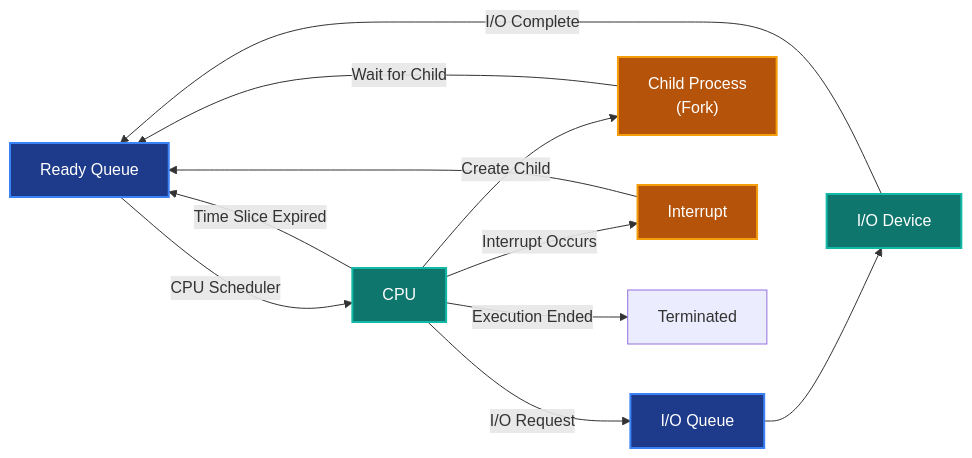
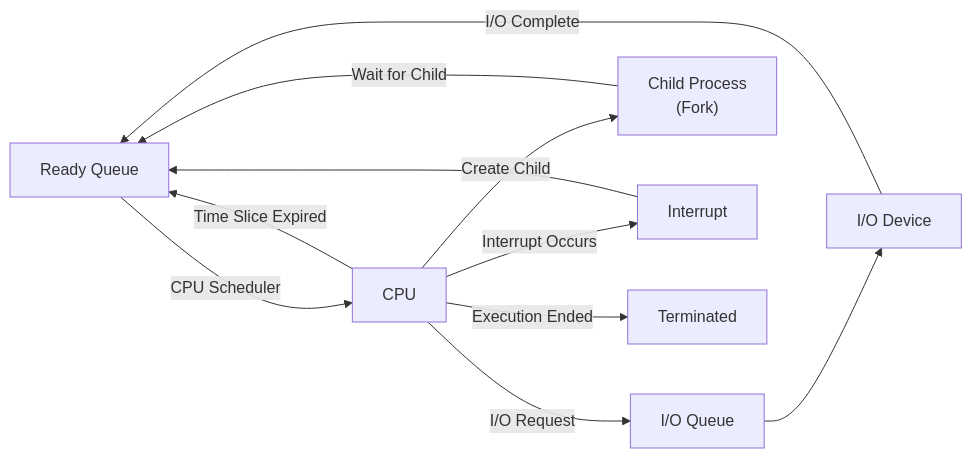
Before and after one commit to yusufarbc/yusufarbc: the third of 3 diagrams in website/content/operating-system-concept/en.md, drawn with Mermaid. The commit also changed 24 other files, not shown here.

````diff
--- a/website/content/operating-system-concept/en.md
+++ b/website/content/operating-system-concept/en.md
@@ -205,24 +205,20 @@
 ```mermaid
 graph LR
-    classDef queue fill:#1e3a8a,stroke:#3b82f6,stroke-width:2px,color:#fff;
-    classDef resource fill:#0f766e,stroke:#14b8a6,stroke-width:2px,color:#fff;
-    classDef process fill:#b45309,stroke:#f59e0b,stroke-width:2px,color:#fff;
-
-    RQ["Ready Queue"]:::queue
-    CPU["CPU"]:::resource
-    IO["I/O Queue"]:::queue
-    IOD["I/O Device"]:::resource
-    Child["Child Process<br/>(Fork)"]:::process
-    Int["Interrupt"]:::process
+    RQ["Ready Queue"]
+    CPU["CPU"]
+    IO["I/O Queue"]
+    IOD["I/O Device"]
+    Child["Child Process<br/>(Fork)"]
+    Int["Interrupt"]
 
     RQ -->|CPU Scheduler| CPU
     CPU -->|Execution Ended| Terminated["Terminated"]
     CPU -->|I/O Request| IO
     IO --> IOD
     IOD -->|I/O Complete| RQ
     CPU -->|Time Slice Expired| RQ
     CPU -->|Create Child| Child
     Child -->|Wait for Child| RQ
     CPU -->|Interrupt Occurs| Int
     Int --> RQ
 ```
````
